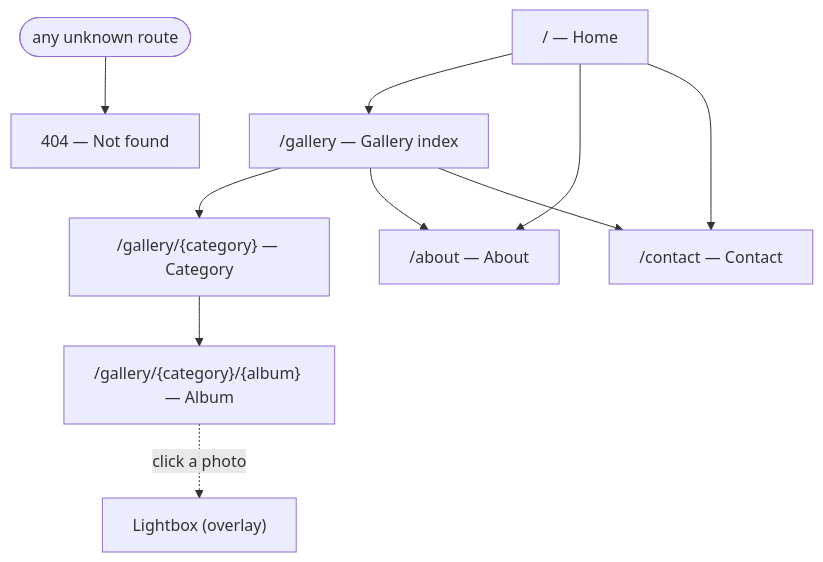
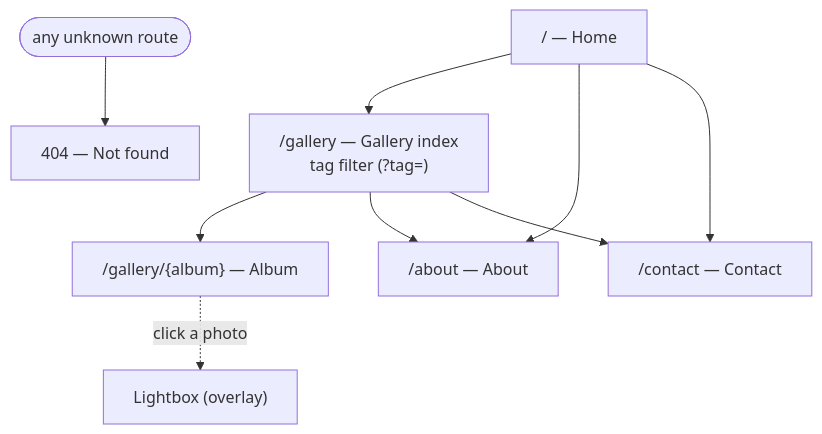
The first of 2 diagrams in DESIGN.md (toledobrendo/btagila-portfolio), drawn with Mermaid before and after one commit. The commit also changed other lines of this file and 14 other files, not shown here.

````diff
--- a/DESIGN.md
+++ b/DESIGN.md
@@ -66,12 +66,11 @@
 ```mermaid
 flowchart TD
-    H["/ — Home"] --> G["/gallery — Gallery index"]
-    G --> C["/gallery/{category} — Category"]
-    C --> A["/gallery/{category}/{album} — Album"]
+    H["/ — Home"] --> G["/gallery — Gallery index<br/>tag filter (?tag=)"]
+    G --> A["/gallery/{album} — Album"]
     A -. "click a photo" .-> L["Lightbox (overlay)"]
     H --> AB["/about — About"]
     H --> CT["/contact — Contact"]
     G --> AB
     G --> CT
     ANY(["any unknown route"]) --> NF["404 — Not found"]
 ```
````
